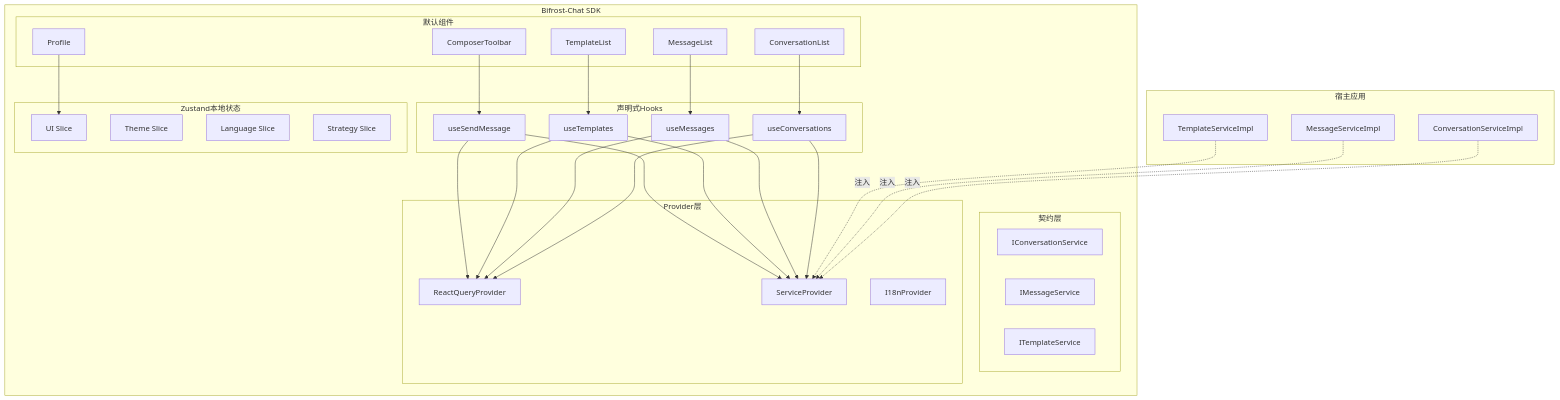
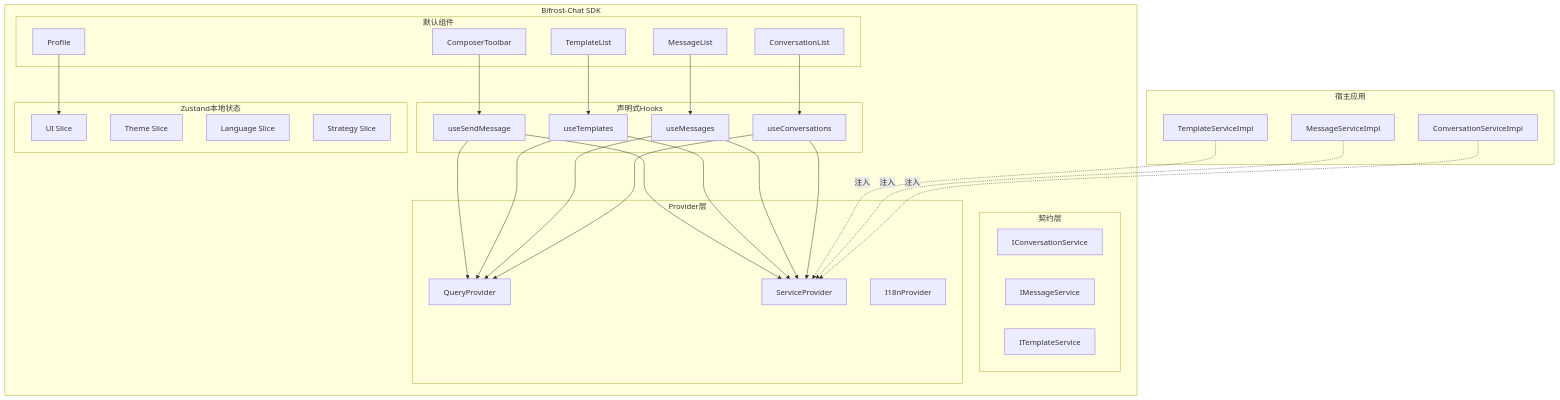
Before and after one commit to givingwu/bifrost-chat: the diagram in docs/final-architecture.md, drawn with Mermaid. The commit also changed other lines of this file and 6 other files, not shown here.

First line of the commit message:
docs: update references to use QueryProvider instead of ReactQueryProvider

````diff
--- a/docs/final-architecture.md
+++ b/docs/final-architecture.md
@@ -28,63 +28,63 @@
 ```mermaid
 graph TB
     subgraph Host[宿主应用]
       HS1[ConversationServiceImpl]
       HS2[MessageServiceImpl]
       HS3[TemplateServiceImpl]
     end
 
     subgraph SDK[Bifrost-Chat SDK]
       subgraph Contracts[契约层]
         I1[IConversationService]
         I2[IMessageService]
         I3[ITemplateService]
       end
 
       subgraph Providers[Provider层]
-        P1[ReactQueryProvider]
+        P1[QueryProvider]
         P2[ServiceProvider]
         P3[I18nProvider]
       end
 
       subgraph Hooks[声明式Hooks]
         H1[useConversations]
         H2[useMessages]
         H3[useTemplates]
         H4[useSendMessage]
       end
 
       subgraph Components[默认组件]
         C1[ConversationList]
         C2[MessageList]
         C3[ComposerToolbar]
         C4[Profile]
         C5[TemplateList]
       end
 
       subgraph ClientState[Zustand本地状态]
         Z1[UI Slice]
         Z2[Theme Slice]
         Z3[Language Slice]
         Z4[Strategy Slice]
       end
     end
 
     HS1 -.注入.-> P2
     HS2 -.注入.-> P2
     HS3 -.注入.-> P2
 
     C1 --> H1
     C2 --> H2
     C3 --> H4
     C5 --> H3
     C4 --> Z1
 
     H1 --> P2
     H2 --> P2
     H3 --> P2
     H4 --> P2
     H1 --> P1
     H2 --> P1
     H3 --> P1
     H4 --> P1
 ```
````
